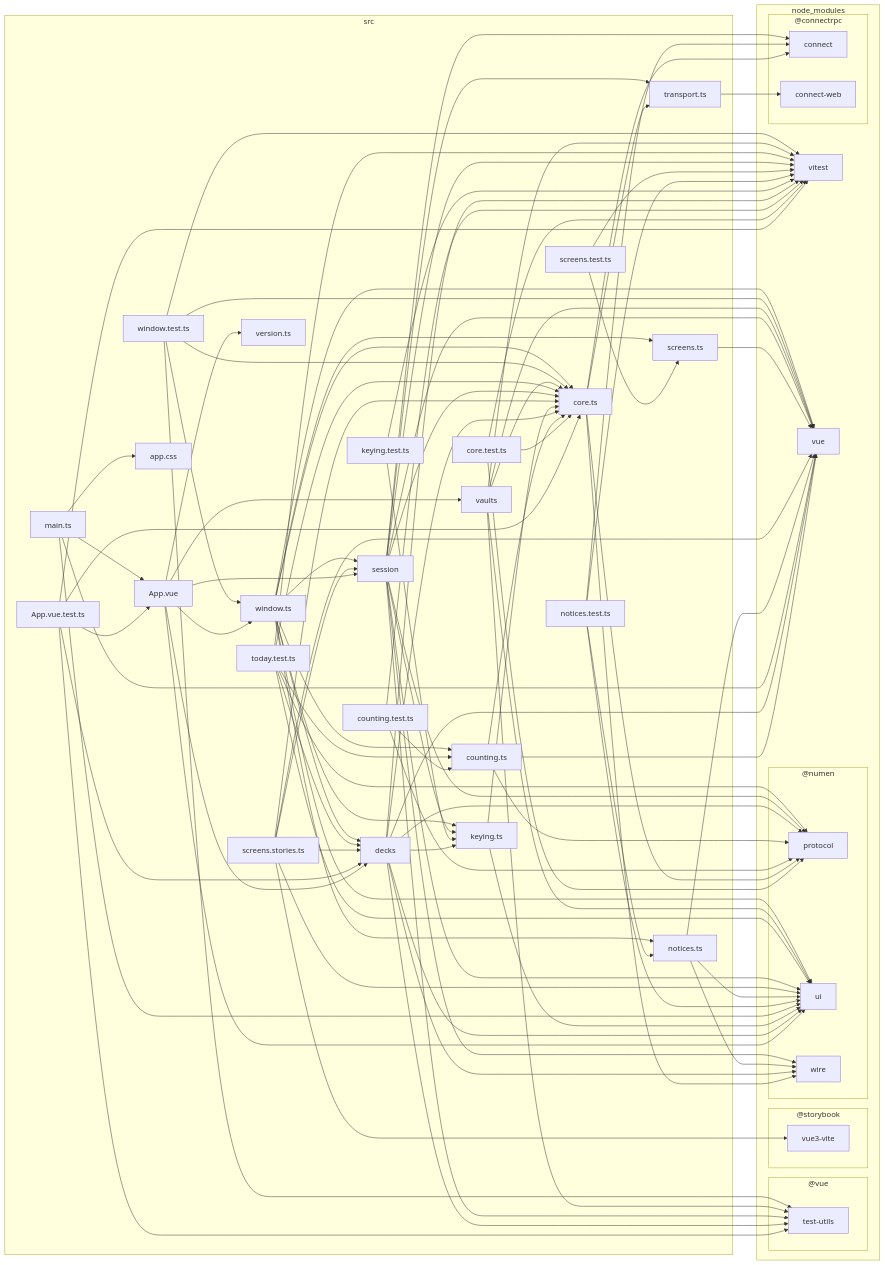
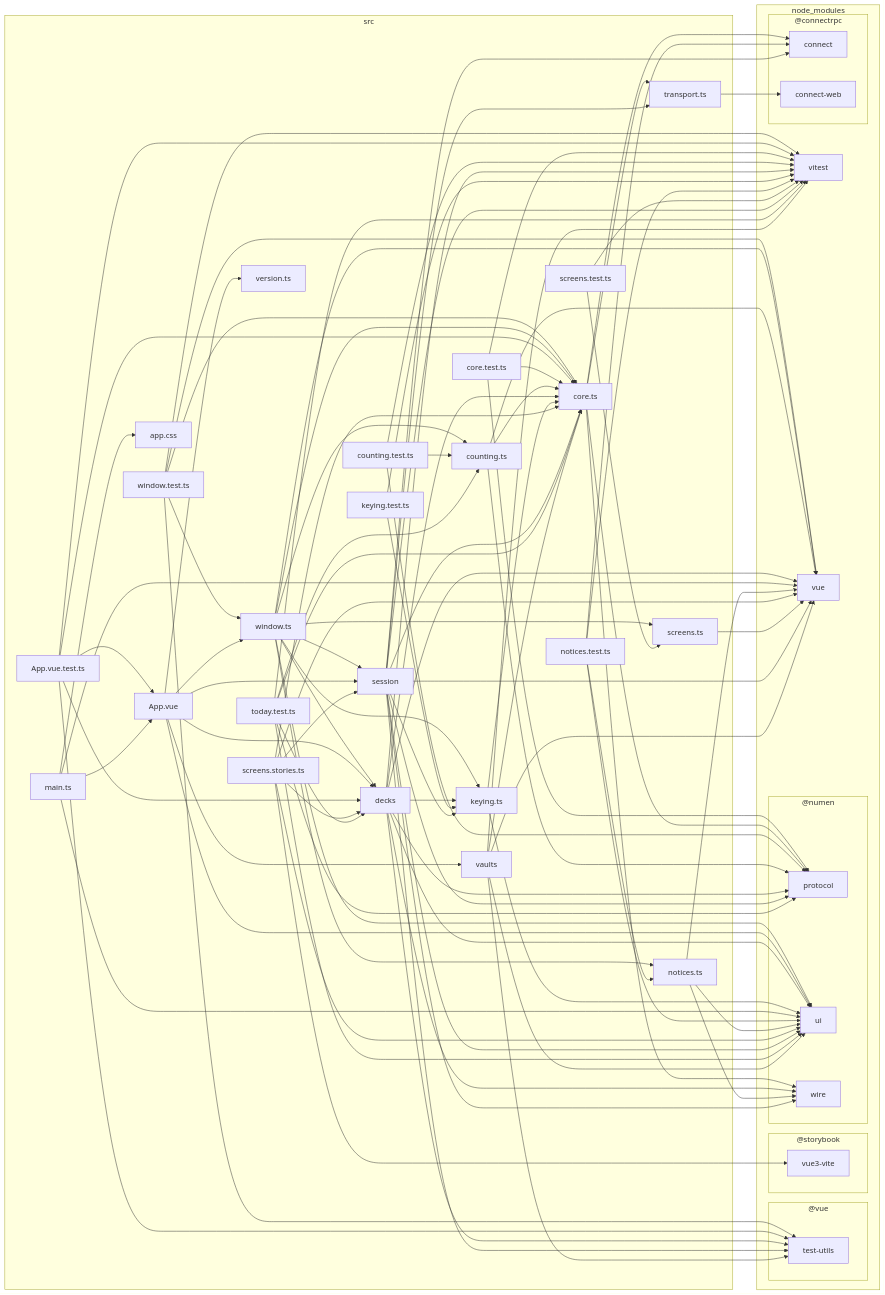
One commit to jiva-studio/numen changed the fourth of 5 diagrams in docs/dependencies.md. Above: the diagram before and after it, drawn with Mermaid. The commit also changed other lines of this file and 1 other file, not shown here.

First line of the commit message:
fix(repo): draw the dependency graph the same way twice

````diff
--- a/docs/dependencies.md
+++ b/docs/dependencies.md
@@ -814,89 +814,13 @@
 10["window.test.ts"]
 11["window.ts"]
 end
-F-->M
-F-->V
-F-->Y
-F-->Z
-F-->11
-F-->6
-G-->F
-G-->J
-G-->M
-G-->B
-G-->C
-I-->J
-I-->5
-I-->C
-J-->X
-J-->2
-J-->5
-J-->7
-K-->L
-K-->5
-K-->C
-L-->J
-L-->5
-L-->D
-M-->J
-M-->O
-M-->6
-M-->D
-M-->5
-M-->7
-M-->B
-M-->C
-N-->O
-N-->C
-O-->J
-O-->6
-P-->H
-P-->F
-P-->6
-P-->D
-Q-->R
-Q-->2
-Q-->6
-Q-->C
-R-->6
-R-->7
-R-->D
-S-->J
-S-->M
-S-->V
-S-->6
-S-->9
-S-->D
-T-->U
-T-->C
-U-->D
-V-->6
-V-->D
-V-->J
-V-->7
-V-->O
-V-->X
-V-->2
-V-->5
-V-->B
-V-->C
-W-->J
-W-->L
-W-->M
-W-->5
-W-->6
-W-->C
-X-->3
-Y-->J
-Y-->6
-Y-->D
-Y-->B
-Y-->C
-10-->J
 10-->11
 10-->B
 10-->C
 10-->D
+10-->J
+11-->6
+11-->D
 11-->J
 11-->L
 11-->M
@@ -904,6 +828,82 @@
 11-->R
 11-->U
 11-->V
-11-->6
-11-->D
+F-->11
+F-->6
+F-->M
+F-->V
+F-->Y
+F-->Z
+G-->B
+G-->C
+G-->F
+G-->J
+G-->M
+I-->5
+I-->C
+I-->J
+J-->2
+J-->5
+J-->7
+J-->X
+K-->5
+K-->C
+K-->L
+L-->5
+L-->D
+L-->J
+M-->5
+M-->6
+M-->7
+M-->B
+M-->C
+M-->D
+M-->J
+M-->O
+N-->C
+N-->O
+O-->6
+O-->J
+P-->6
+P-->D
+P-->F
+P-->H
+Q-->2
+Q-->6
+Q-->C
+Q-->R
+R-->6
+R-->7
+R-->D
+S-->6
+S-->9
+S-->D
+S-->J
+S-->M
+S-->V
+T-->C
+T-->U
+U-->D
+V-->2
+V-->5
+V-->6
+V-->7
+V-->B
+V-->C
+V-->D
+V-->J
+V-->O
+V-->X
+W-->5
+W-->6
+W-->C
+W-->J
+W-->L
+W-->M
+X-->3
+Y-->6
+Y-->B
+Y-->C
+Y-->D
+Y-->J
 ```
````
